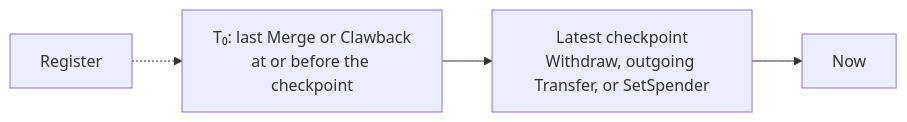
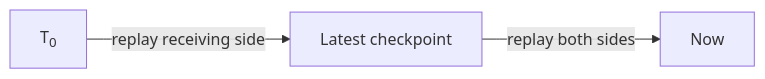
Before and after one commit to OpenZeppelin/docs: the diagram in content/stellar-contracts/tokens/confidential/indexing.mdx, drawn with Mermaid. The commit also changed other lines of this file and 14 other files, not shown here.

````diff
--- a/content/stellar-contracts/tokens/confidential/indexing.mdx
+++ b/content/stellar-contracts/tokens/confidential/indexing.mdx
@@ -38,6 +37,5 @@
 ```mermaid
 graph LR
-    R[Register] -.-> T0["T₀: last Merge or Clawback<br/>at or before the checkpoint"]
-    T0 --> CP["Latest checkpoint<br/>Withdraw, outgoing Transfer, or SetSpender"]
-    CP --> NOW[Now]
+    T0["T<sub>0</sub>"] -->|"replay receiving side"| CP[Latest checkpoint]
+    CP -->|"replay both sides"| NOW[Now]
 ```
````
